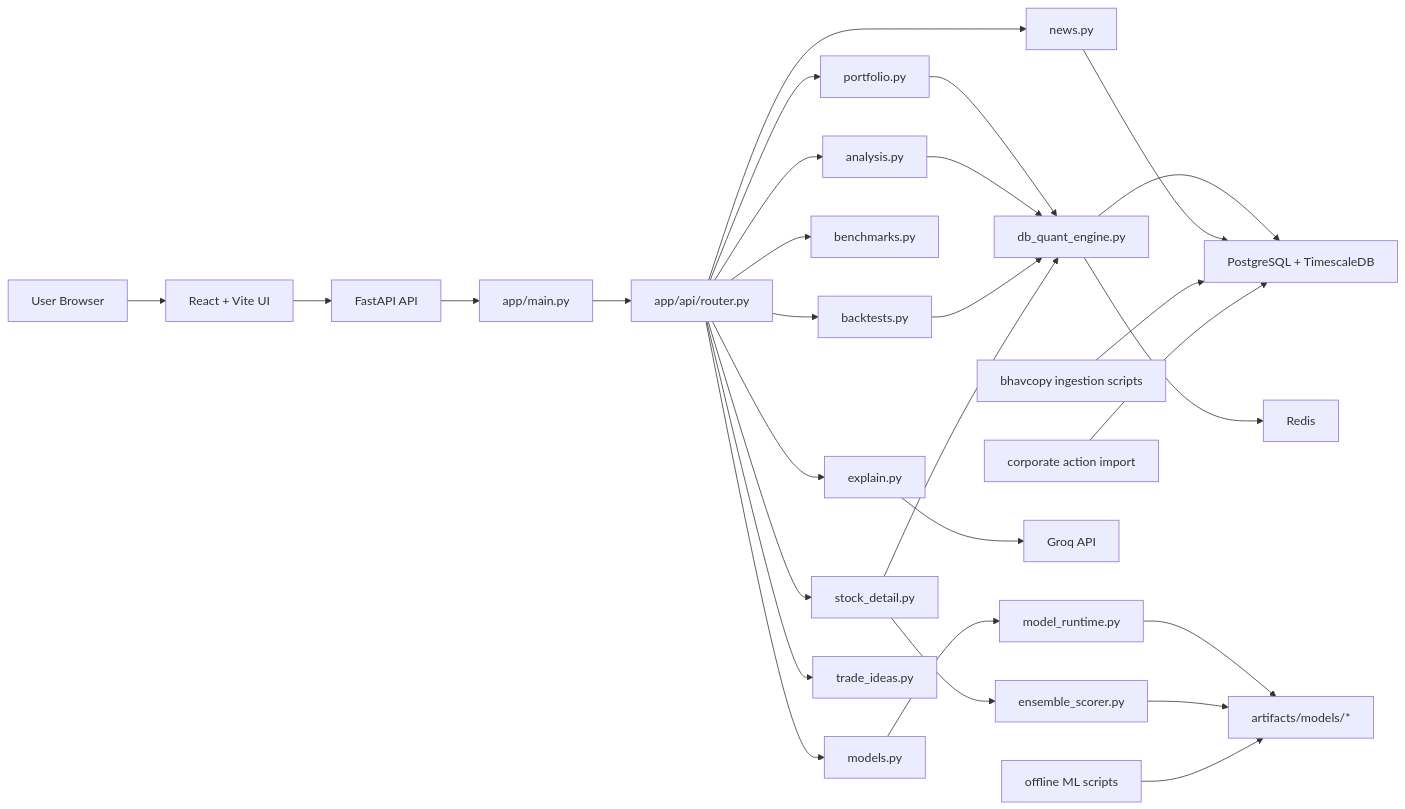
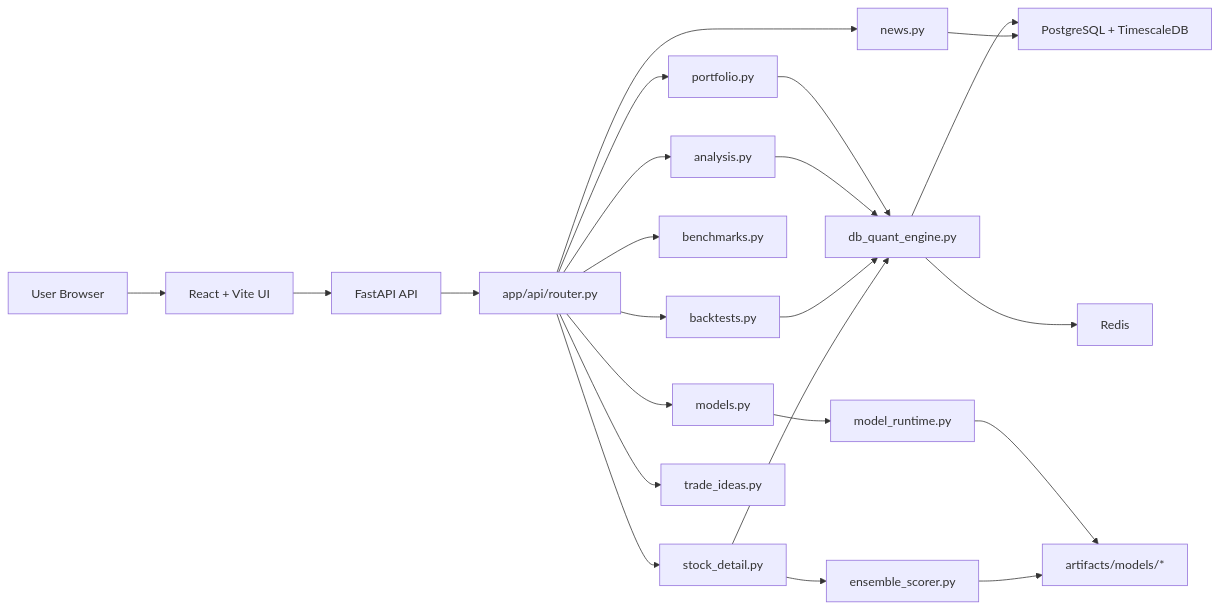
Before and after one commit to shahpruthaa/capstone: the diagram in docs/architecture.md, drawn with Mermaid. The commit also changed other lines of this file and 21 other files, not shown here.

````diff
--- a/docs/architecture.md
+++ b/docs/architecture.md
@@ -15,36 +14,29 @@
 ```mermaid
 flowchart LR
     U["User Browser"] --> WEB["React + Vite UI"]
     WEB --> API["FastAPI API"]
 
-    API --> MAIN["app/main.py"]
-    MAIN --> ROUTER["app/api/router.py"]
+    API --> ROUTER["app/api/router.py"]
     ROUTER --> PORT["portfolio.py"]
     ROUTER --> ANALYSIS["analysis.py"]
     ROUTER --> BACKTESTS["backtests.py"]
     ROUTER --> BENCH["benchmarks.py"]
     ROUTER --> MODELS["models.py"]
     ROUTER --> NEWS["news.py"]
-    ROUTER --> EXPLAIN["explain.py"]
     ROUTER --> STOCK["stock_detail.py"]
     ROUTER --> IDEAS["trade_ideas.py"]
 
     PORT --> ENGINE["db_quant_engine.py"]
     ANALYSIS --> ENGINE
     BACKTESTS --> ENGINE
     STOCK --> ENGINE
     STOCK --> SCORER["ensemble_scorer.py"]
     MODELS --> RUNTIME["model_runtime.py"]
 
     ENGINE --> PG["PostgreSQL + TimescaleDB"]
     ENGINE --> REDIS["Redis"]
     NEWS --> PG
 
     RUNTIME --> ART["artifacts/models/*"]
     SCORER --> ART
-    EXPLAIN --> GROQ["Groq API"]
-
-    INGRESS["bhavcopy ingestion scripts"] --> PG
-    CA["corporate action import"] --> PG
-    TRAIN["offline ML scripts"] --> ART
 ```
````
